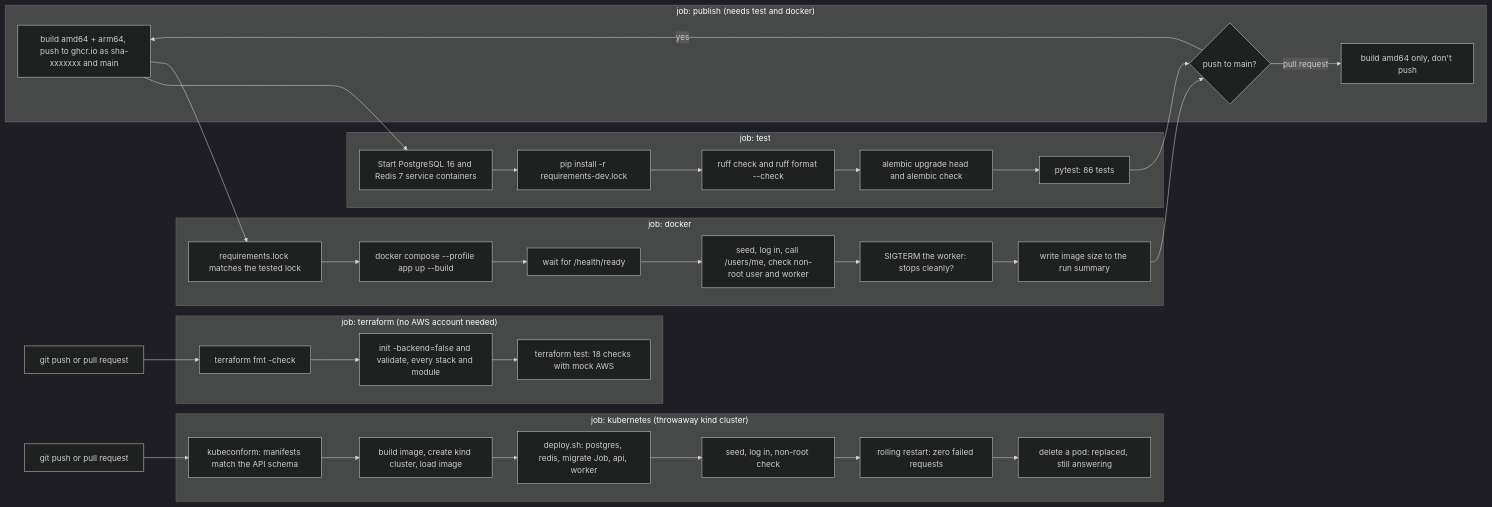
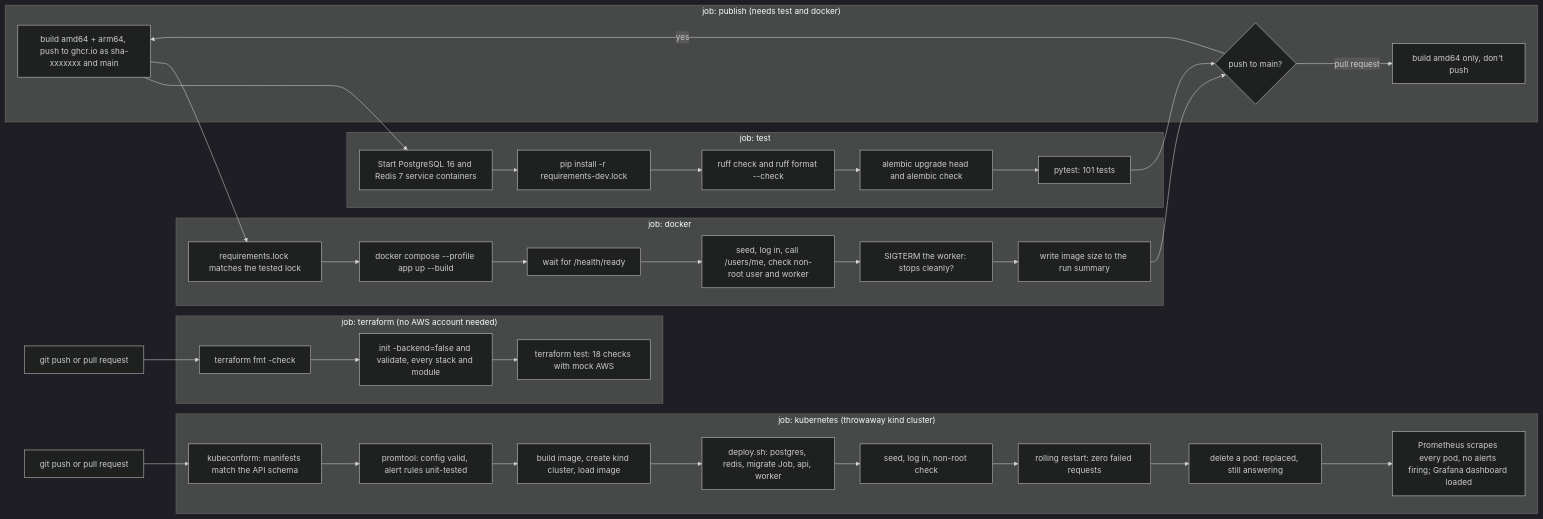
The seventh of 14 diagrams in README.md (revant123/QuickServe), drawn with Mermaid (dark theme) before and after one commit. The commit also changed other lines of this file, not shown here.

````diff
--- a/README.md
+++ b/README.md
@@ -485,45 +487,47 @@
 ```mermaid
 flowchart LR
     push["git push or pull request"] --> pg
     push --> lock
 
     subgraph test["job: test"]
         pg["Start PostgreSQL 16 and Redis 7 service containers"] --> inst["pip install -r requirements-dev.lock"]
         inst --> lint["ruff check and ruff format --check"]
         lint --> mig["alembic upgrade head and alembic check"]
-        mig --> pyt["pytest: 86 tests"]
+        mig --> pyt["pytest: 101 tests"]
     end
 
     subgraph docker["job: docker"]
         lock["requirements.lock matches the tested lock"] --> build["docker compose --profile app up --build"]
         build --> ready["wait for /health/ready"]
         ready --> smoke["seed, log in, call /users/me, check non-root user and worker"]
         smoke --> stop["SIGTERM the worker: stops cleanly?"]
         stop --> size["write image size to the run summary"]
     end
 
     pyt --> pub
     size --> pub
 
     subgraph publish["job: publish (needs test and docker)"]
         pub{"push to main?"} -->|"yes"| push["build amd64 + arm64, push to ghcr.io as sha-xxxxxxx and main"]
         pub -->|"pull request"| only["build amd64 only, don't push"]
     end
 
     push2["git push or pull request"] --> tf
 
     subgraph terraform["job: terraform (no AWS account needed)"]
         tf["terraform fmt -check"] --> val["init -backend=false and validate, every stack and module"]
         val --> tftest["terraform test: 18 checks with mock AWS"]
     end
 
     push3["git push or pull request"] --> kc
 
     subgraph kubernetes["job: kubernetes (throwaway kind cluster)"]
-        kc["kubeconform: manifests match the API schema"] --> kb["build image, create kind cluster, load image"]
+        kc["kubeconform: manifests match the API schema"] --> kp["promtool: config valid, alert rules unit-tested"]
+        kp --> kb["build image, create kind cluster, load image"]
         kb --> kd["deploy.sh: postgres, redis, migrate Job, api, worker"]
         kd --> ks["seed, log in, non-root check"]
         ks --> kr["rolling restart: zero failed requests"]
         kr --> kh["delete a pod: replaced, still answering"]
+        kh --> km["Prometheus scrapes every pod, no alerts firing; Grafana dashboard loaded"]
     end
 ```
````
